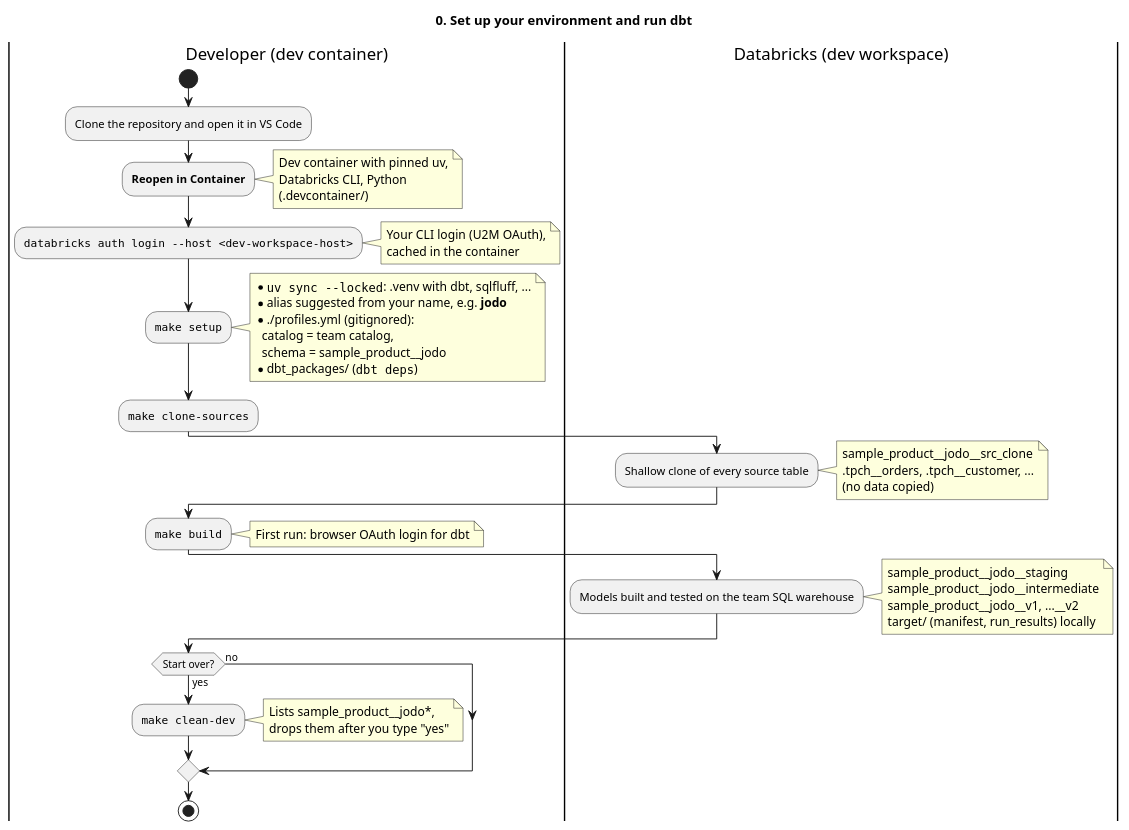
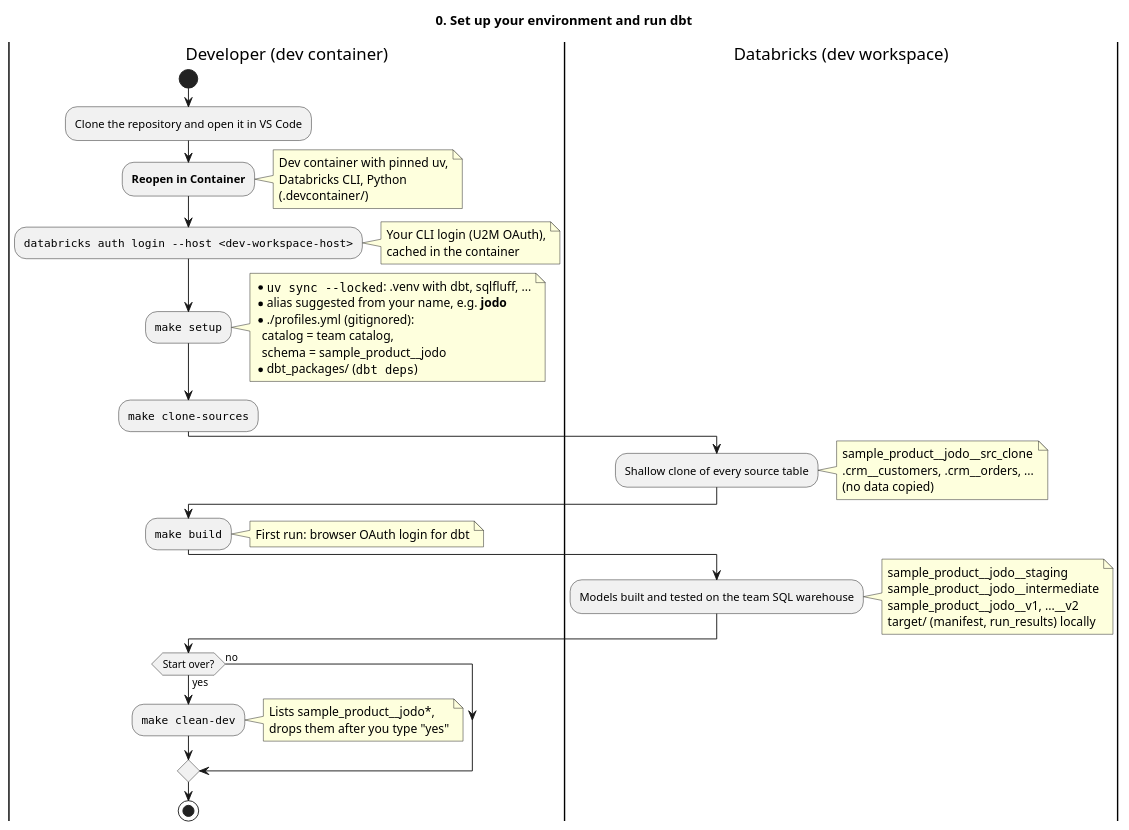
One commit to PeterHenell/dbt-databricks-template changed the diagram in docs/diagrams/workflow-0-setup.puml. Above: the diagram before and after it, drawn with PlantUML. The commit also changed 30 other files, not shown here.

```diff
--- a/docs/diagrams/workflow-0-setup.puml
+++ b/docs/diagrams/workflow-0-setup.puml
@@ -1,58 +1,58 @@
 @startuml workflow-0-setup
 title 0. Set up your environment and run dbt
 
 |Developer (dev container)|
 start
 :Clone the repository and open it in VS Code;
 :**Reopen in Container**;
 note right
   Dev container with pinned uv,
   Databricks CLI, Python
   (.devcontainer/)
 end note
 :""databricks auth login ~--host <dev-workspace-host>"";
 note right
   Your CLI login (U2M OAuth),
   cached in the container
 end note
 :""make setup"";
 note right
   * ""uv sync ~--locked"": .venv with dbt, sqlfluff, ...
   * alias suggested from your name, e.g. **jodo**
   * ./profiles.yml (gitignored):
     catalog = team catalog,
     schema = sample_product~__jodo
   * dbt_packages/ (""dbt deps"")
 end note
 :""make clone-sources"";
 |Databricks (dev workspace)|
 :Shallow clone of every source table;
 note right
   sample_product~__jodo~__src_clone
-  .tpch~__orders, .tpch~__customer, ...
+  .crm~__customers, .crm~__orders, ...
   (no data copied)
 end note
 |Developer (dev container)|
 :""make build"";
 note right
   First run: browser OAuth login for dbt
 end note
 |Databricks (dev workspace)|
 :Models built and tested on the team SQL warehouse;
 note right
   sample_product~__jodo~__staging
   sample_product~__jodo~__intermediate
   sample_product~__jodo~__v1, ...~__v2
   target/ (manifest, run_results) locally
 end note
 |Developer (dev container)|
 if (Start over?) then (yes)
   :""make clean-dev"";
   note right
     Lists sample_product~__jodo*,
     drops them after you type "yes"
   end note
 else (no)
 endif
 stop
 @enduml
```
